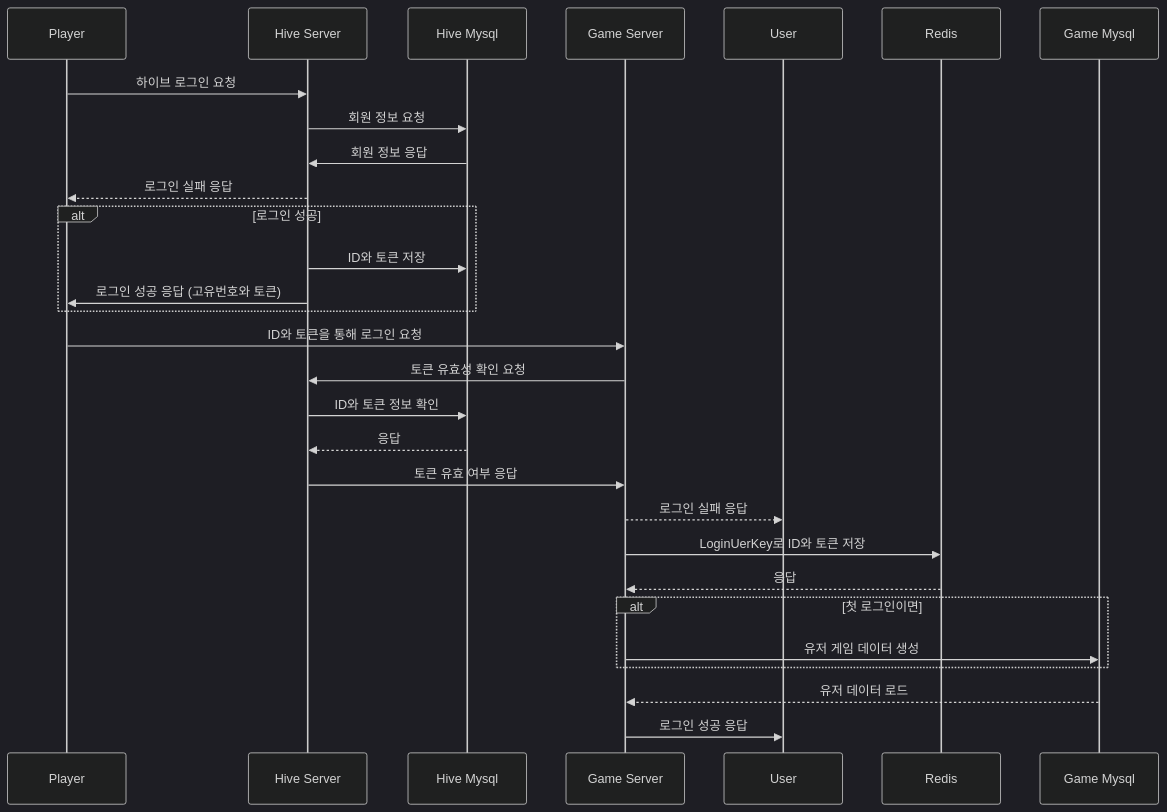
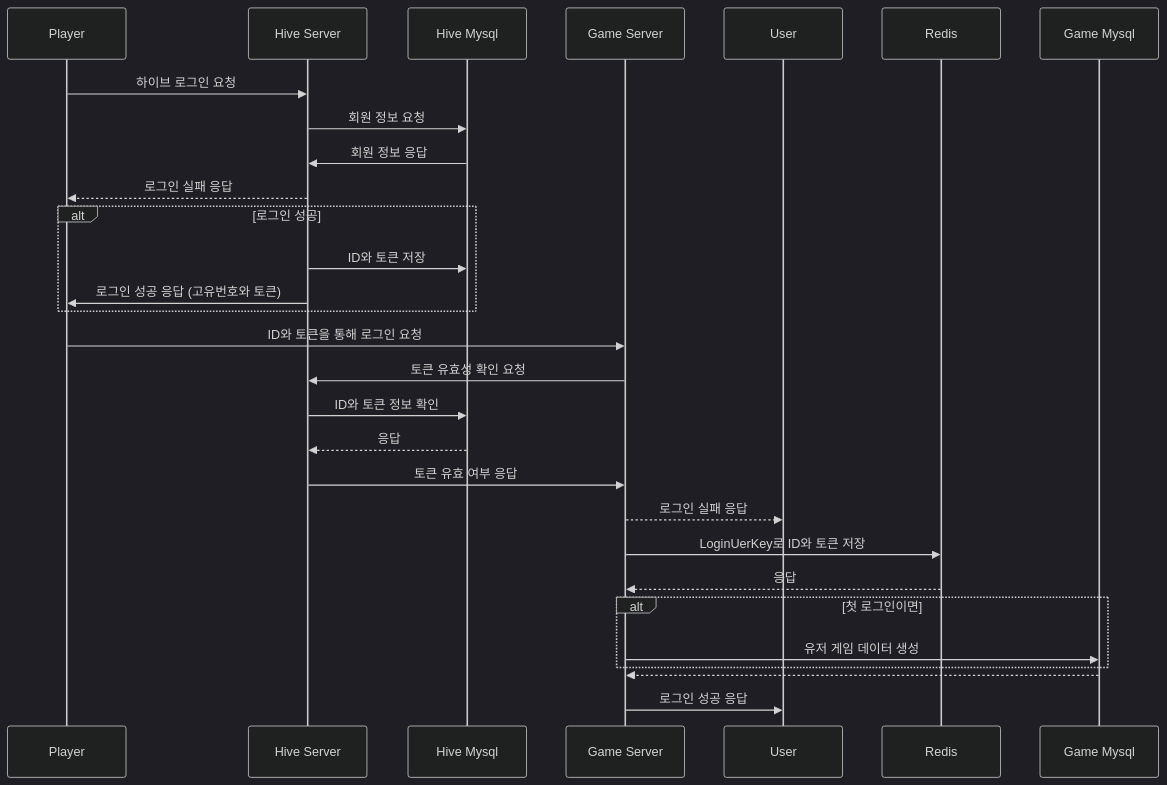
The second of 2 diagrams in SequenceDiagram/Register-Login.md (yujinS0/Omok-Game), drawn with Mermaid (dark theme) before and after one commit.

````diff
--- a/SequenceDiagram/Register-Login.md
+++ b/SequenceDiagram/Register-Login.md
@@ -17,40 +17,40 @@
 ```mermaid
 sequenceDiagram
 	
 	
 	Player ->> Hive Server: 하이브 로그인 요청
   Hive Server ->> Hive Mysql : 회원 정보 요청
   Hive Mysql ->> Hive Server : 회원 정보 응답
 	Hive Server -->> Player : 로그인 실패 응답
 
   alt 로그인 성공
   Hive Server ->> Hive Mysql : ID와 토큰 저장
   Hive Server ->> Player : 로그인 성공 응답 (고유번호와 토큰)
   end
 
 	Player ->> Game Server : ID와 토큰을 통해 로그인 요청
 	Game Server ->> Hive Server : 토큰 유효성 확인 요청
 	Hive Server ->> Hive Mysql : ID와 토큰 정보 확인
 	Hive Mysql -->> Hive Server : 응답
 	Hive Server ->> Game Server : 토큰 유효 여부 응답
 
 	Game Server -->> User : 로그인 실패 응답
 	
 	Game Server ->> Redis : LoginUerKey로 ID와 토큰 저장
   Redis -->> Game Server : 응답
 
 	alt 첫 로그인이면
 	Game Server ->> Game Mysql : 유저 게임 데이터 생성
 	end
-	Game Mysql -->> Game Server : 유저 데이터 로드
+	Game Mysql -->> Game Server :  
 
 	Game Server ->> User : 로그인 성공 응답 
 	
 
 
 
 
 
 
 
 ```
````
